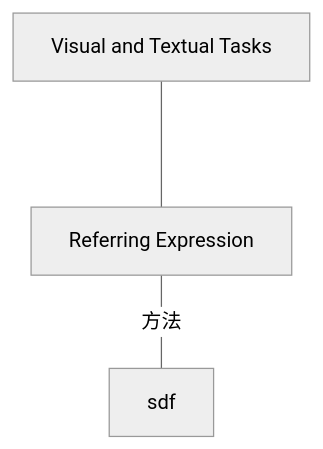
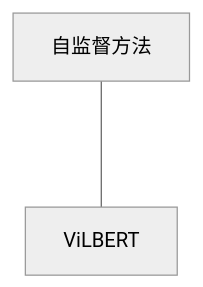
One commit to 2742195759/xkblog changed the third of 5 diagrams in _posts/2021-03-10-TOREAD.md. Above: the diagram before and after it, drawn with Mermaid (neutral theme). The commit also changed other lines of this file, not shown here.

````diff
--- a/_posts/2021-03-10-TOREAD.md
+++ b/_posts/2021-03-10-TOREAD.md
@@ -21,5 +77,7 @@
 ```mermaid
-graph TD; 
-1[Visual and Textual Tasks] ---- 1.1[Referring Expression]
-1.1 -- 方法 --- 1.1.1[sdf]
+graph TD;
+1[自监督方法] ---- 1.1[ViLBERT]
+
+
+click 1.1 "#vilbert" "sdf"
 ```
````
